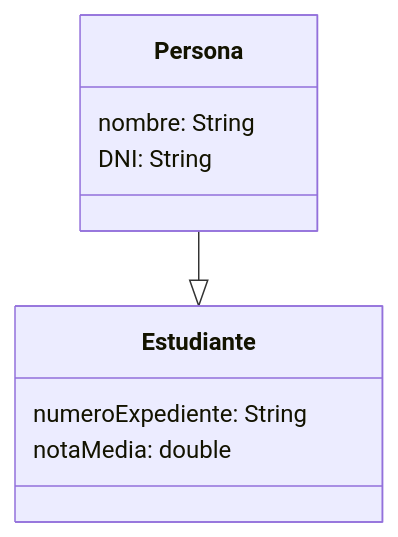
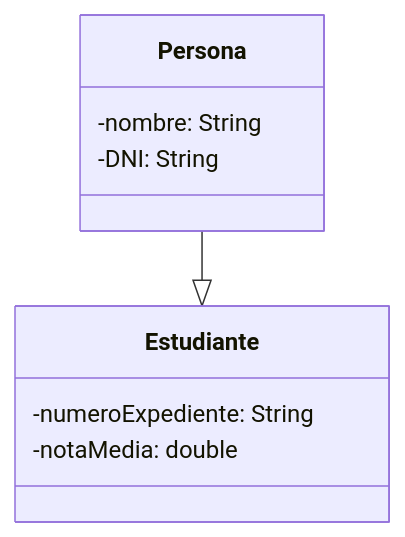
Before and after one commit to antondm11/6.2.BateriaDeEjercicios: the second of 2 diagrams in README.md, drawn with Mermaid.

Commit message:
Actualizar README

````diff
--- a/README.md
+++ b/README.md
@@ -20,15 +20,15 @@
 ``` mermaid
 classDiagram
 direction TB
     class Persona {
-	    nombre: String
-	    DNI: String
+	    -nombre: String
+	    -DNI: String
     }
 
     class Estudiante {
-	    numeroExpediente: String
-	    notaMedia: double
+	    -numeroExpediente: String
+	    -notaMedia: double
     }
 
     Persona --|> Estudiante
 ```
````
